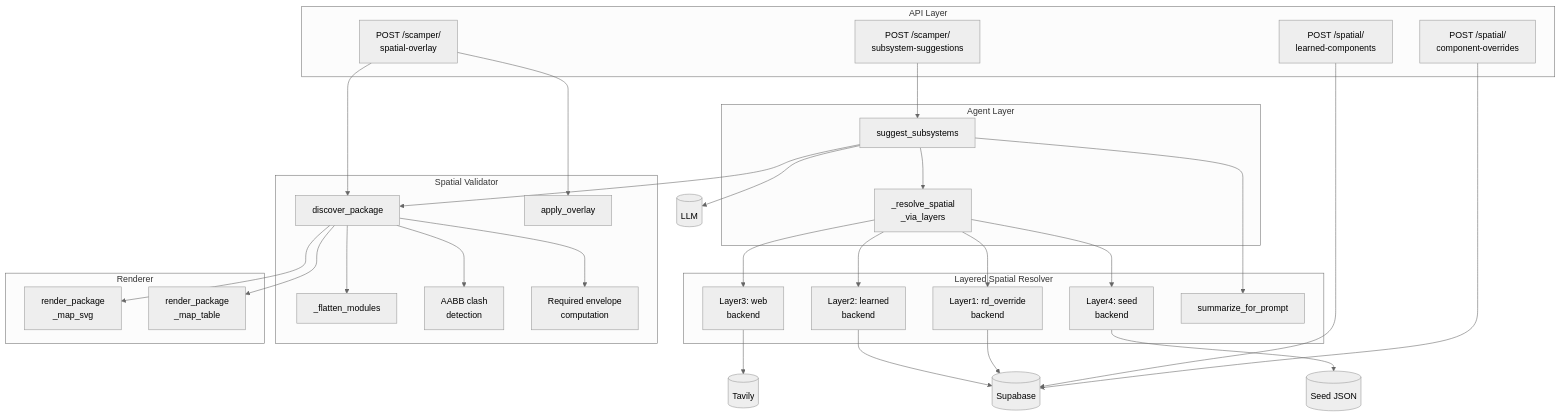
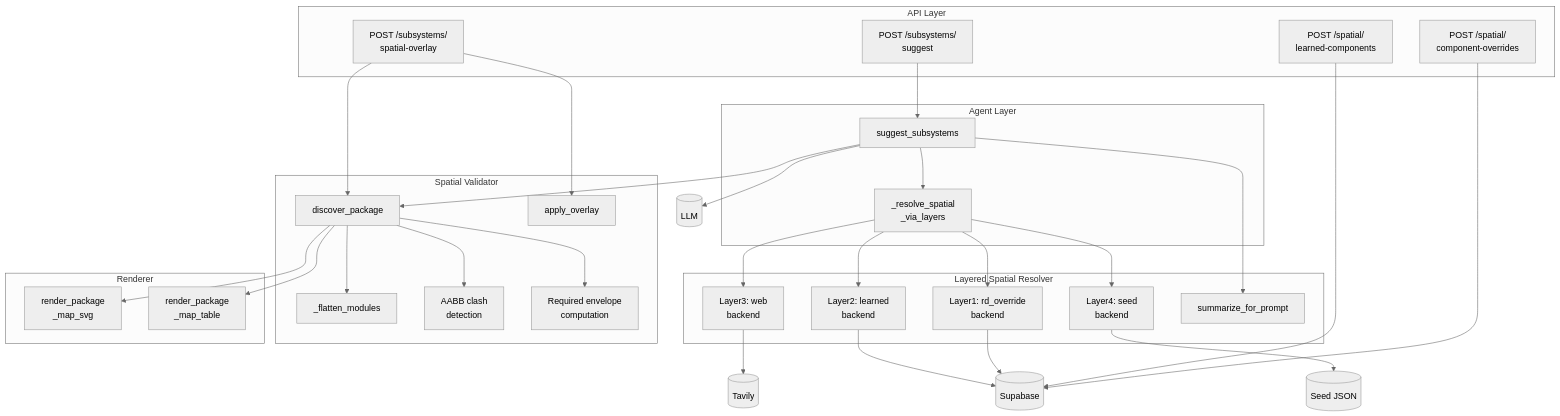
Before and after one commit to Zenobia0000/RD_copilot_system: the fourth of 26 diagrams in docs/01-define/diagrams/appendix-a--forward-subsystem-discovery.md, drawn with Mermaid. The commit also changed other lines of this file and 77 other files, not shown here.

````diff
--- a/docs/01-define/diagrams/appendix-a--forward-subsystem-discovery.md
+++ b/docs/01-define/diagrams/appendix-a--forward-subsystem-discovery.md
@@ -244,68 +244,68 @@
 ```mermaid
 %%{init: {'theme': 'neutral'}}%%
 graph TB
     subgraph API[API Layer]
-        R1[POST /scamper/<br/>subsystem-suggestions]
-        R2[POST /scamper/<br/>spatial-overlay]
+        R1[POST /subsystems/<br/>suggest]
+        R2[POST /subsystems/<br/>spatial-overlay]
         R3[POST /spatial/<br/>component-overrides]
         R4[POST /spatial/<br/>learned-components]
     end
 
     subgraph Agent[Agent Layer]
         SUG[suggest_subsystems]
         RES[_resolve_spatial<br/>_via_layers]
     end
 
     subgraph Resolver[Layered Spatial Resolver]
         L1[Layer1: rd_override<br/>backend]
         L2[Layer2: learned<br/>backend]
         L3[Layer3: web<br/>backend]
         L4[Layer4: seed<br/>backend]
         SUM[summarize_for_prompt]
     end
 
     subgraph Validator[Spatial Validator]
         FLAT[_flatten_modules]
         CLASH[AABB clash<br/>detection]
         ENV[Required envelope<br/>computation]
         DISC[discover_package]
         OVL[apply_overlay]
     end
 
     subgraph Render[Renderer]
         SVG2[render_package<br/>_map_svg]
         TBL[render_package<br/>_map_table]
     end
 
     LLM[(LLM)]
     DB[(Supabase)]
     JSON[(Seed JSON)]
     WEB[(Tavily)]
 
     R1 --> SUG
     R2 --> DISC
     R2 --> OVL
     R3 --> DB
     R4 --> DB
 
     SUG --> SUM
     SUG --> LLM
     SUG --> RES
     SUG --> DISC
 
     RES --> L1
     RES --> L2
     RES --> L3
     RES --> L4
 
     L1 --> DB
     L2 --> DB
     L3 --> WEB
     L4 --> JSON
 
     DISC --> FLAT
     DISC --> CLASH
     DISC --> ENV
     DISC --> SVG2
     DISC --> TBL
 ```
````
